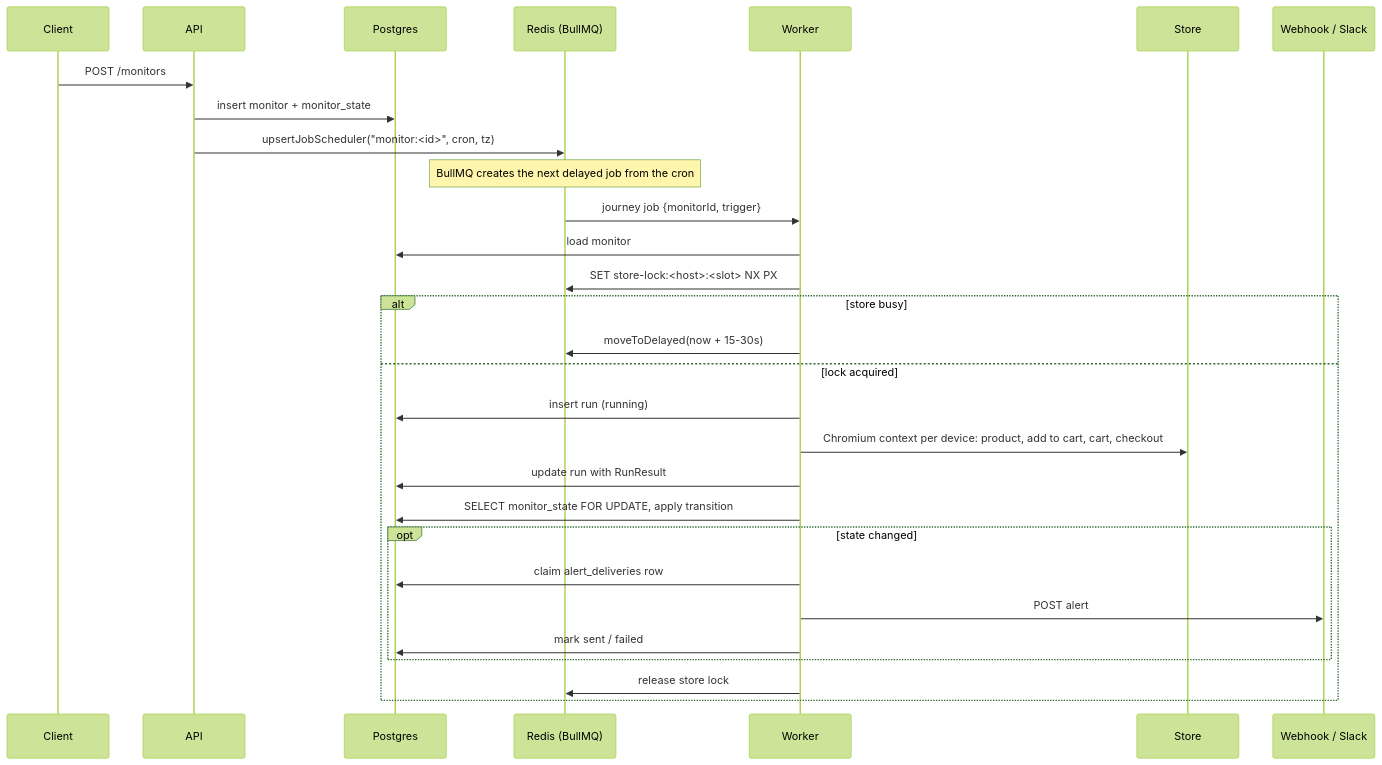
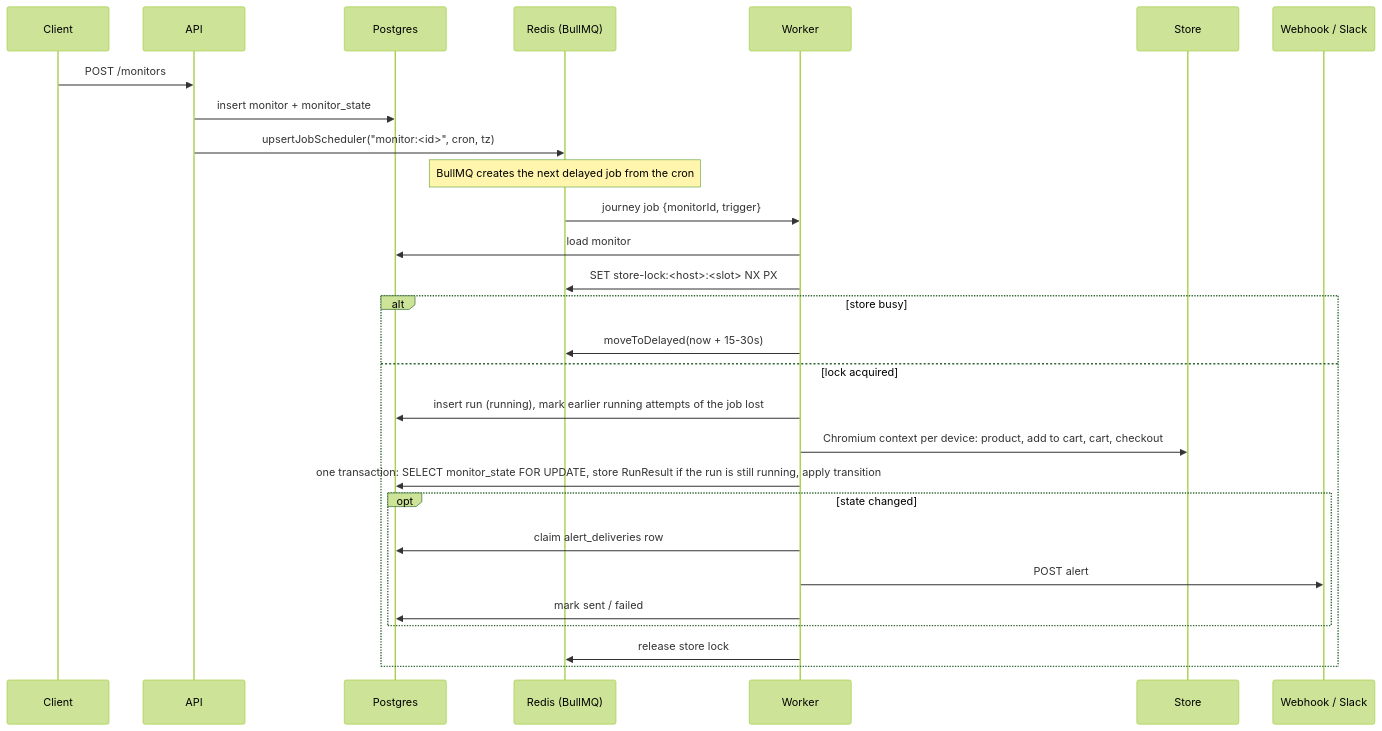
Before and after one commit to tahmidbintaslim/checkout-sentinel: the third of 5 diagrams in docs/ARCHITECTURE.md, drawn with Mermaid (forest theme).

Commit message:
docs: show the single result transaction in the job flow diagram
The sequence diagram still showed the run update and the
monitor_state transition as two steps. Since the stalled-attempt fix
they are one transaction, and starting a run also marks the job's
earlier running attempts lost. The diagram now says both.

Claude-Session: https://claude.ai/code/session_019tpGUuZk5QU8Fd6pKpAYHh

````diff
--- a/docs/ARCHITECTURE.md
+++ b/docs/ARCHITECTURE.md
@@ -108,32 +108,31 @@
 ```mermaid
 sequenceDiagram
   participant C as Client
   participant A as API
   participant P as Postgres
   participant R as Redis (BullMQ)
   participant W as Worker
   participant S as Store
   participant H as Webhook / Slack
 
   C->>A: POST /monitors
   A->>P: insert monitor + monitor_state
   A->>R: upsertJobScheduler("monitor:<id>", cron, tz)
   Note over R: BullMQ creates the next delayed job from the cron
   R->>W: journey job {monitorId, trigger}
   W->>P: load monitor
   W->>R: SET store-lock:<host>:<slot> NX PX
   alt store busy
     W->>R: moveToDelayed(now + 15-30s)
   else lock acquired
-    W->>P: insert run (running)
+    W->>P: insert run (running), mark earlier running attempts of the job lost
     W->>S: Chromium context per device: product, add to cart, cart, checkout
-    W->>P: update run with RunResult
-    W->>P: SELECT monitor_state FOR UPDATE, apply transition
+    W->>P: one transaction: SELECT monitor_state FOR UPDATE, store RunResult if the run is still running, apply transition
     opt state changed
       W->>P: claim alert_deliveries row
       W->>H: POST alert
       W->>P: mark sent / failed
     end
     W->>R: release store lock
   end
 ```
````
